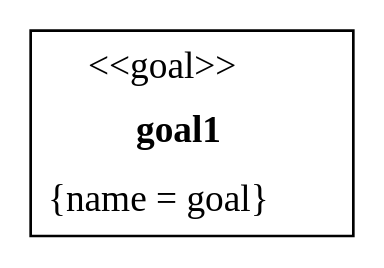
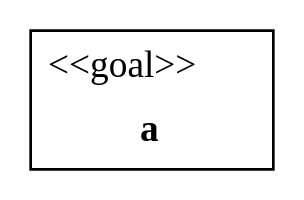
The diagram in examples/ast_uml.dot (PlatonsCadrinaltugend/kaos-dsl), drawn with Graphviz before and after one commit. The commit also changed 5 other files, not shown here.

```diff
--- a/examples/ast_uml.dot
+++ b/examples/ast_uml.dot
@@ -1,40 +1,36 @@
 
 digraph KaosUmlProfile {
     rankdir=TB;
 
     graph [
         splines=true,
         overlap=false,
         nodesep=0.7,
         ranksep=1.0
     ];
 
     node [shape=plain];
     edge [fontsize=10];
 
-    "goal1" [
+    "a" [
         label=
 <
 <TABLE BORDER="1"
        CELLBORDER="0"
        CELLSPACING="0"
        CELLPADDING="5">
     
 <TR>
     <TD>&lt;&lt;goal&gt;&gt;</TD>
 </TR>
 
     <TR>
-        <TD><B>goal1</B></TD>
+        <TD><B>a</B></TD>
     </TR>
     
-<TR>
-    <TD ALIGN="LEFT">{name = goal}</TD>
-</TR>
-
 </TABLE>
 >
 
     ];
 
 }
```
